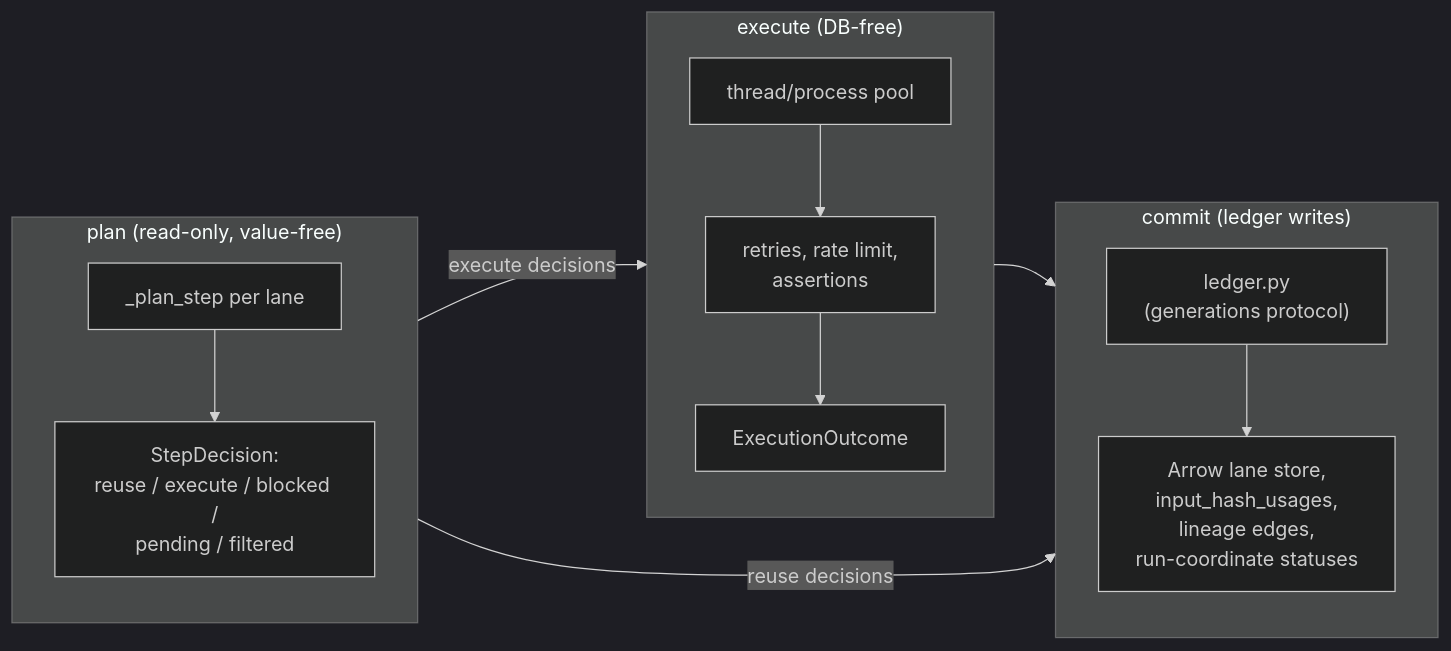
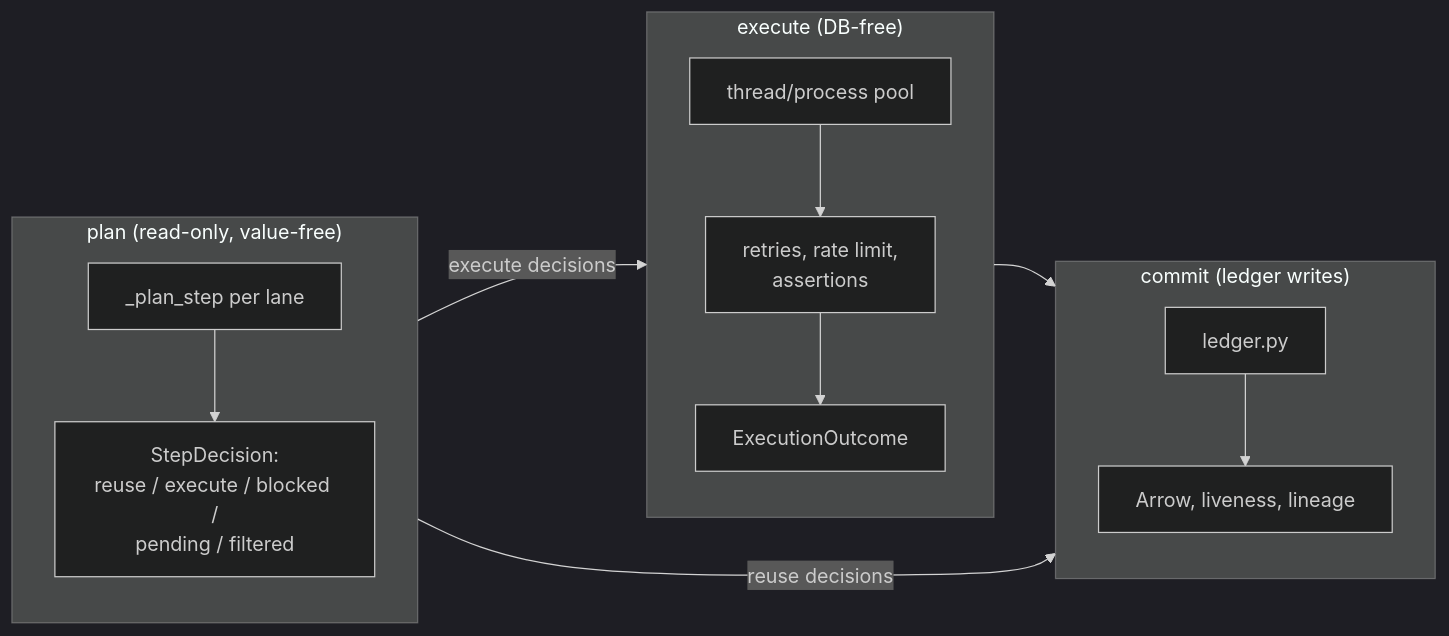
The diagram in docs/concepts/model.md (dinosaurav/Rubedo), drawn with Mermaid (dark theme) before and after one commit. The commit also changed other lines of this file and 13 other files, not shown here.

````diff
--- a/docs/concepts/model.md
+++ b/docs/concepts/model.md
@@ -125,14 +137,14 @@
 ```mermaid
 flowchart LR
     subgraph Plan["plan (read-only, value-free)"]
         P1["_plan_step per lane"] --> P2["StepDecision:\nreuse / execute / blocked /\npending / filtered"]
     end
     subgraph Execute["execute (DB-free)"]
         E1["thread/process pool"] --> E2["retries, rate limit,\nassertions"] --> E3["ExecutionOutcome"]
     end
     subgraph Commit["commit (ledger writes)"]
-        C1["ledger.py\n(generations protocol)"] --> C2["Arrow lane store,\ninput_hash_usages,\nlineage edges,\nrun-coordinate statuses"]
+        C1["ledger.py"] --> C2["Arrow, liveness, lineage"]
     end
     Plan -->|execute decisions| Execute --> Commit
     Plan -->|reuse decisions| Commit
 ```
````
